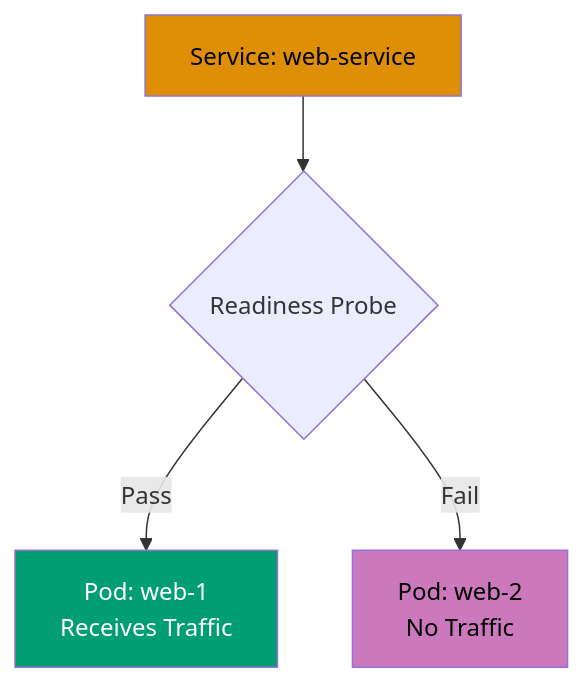
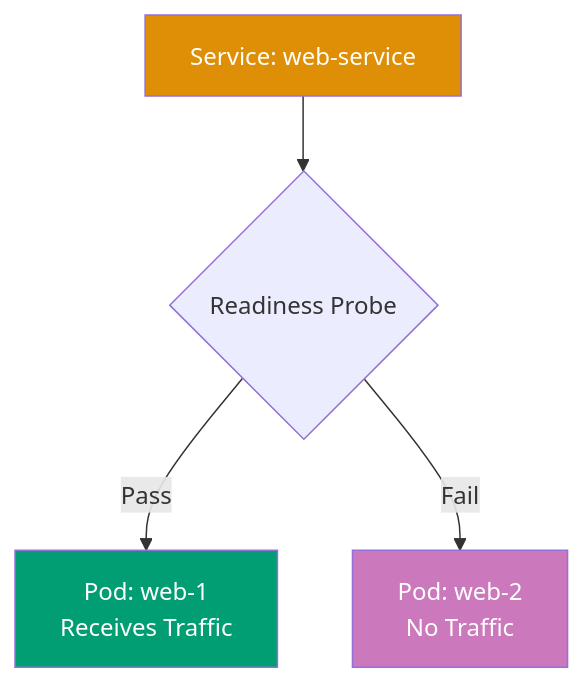
Before and after one commit to wahidyankf/open-sharia-enterprise: diagram 11 of 12 in apps/ayokoding-web/content/en/learn/software-engineering/infrastructure/tools/kubernetes/by-example/intermediate.md, drawn with Mermaid. The commit also changed other lines of this file and 61 other files, not shown here.

First line of the commit message:
fix(ayokoding-web): quote Mermaid node labels with special characters in Example 63

````diff
--- a/apps/ayokoding-web/content/en/learn/software-engineering/infrastructure/tools/kubernetes/by-example/intermediate.md
+++ b/apps/ayokoding-web/content/en/learn/software-engineering/infrastructure/tools/kubernetes/by-example/intermediate.md
@@ -2268,11 +2268,11 @@
 ```mermaid
 %% Readiness probe traffic control
 graph TD
     A[Service: web-service] --> B{Readiness Probe}
     B -->|Pass| C[Pod: web-1<br/>Receives Traffic]
     B -->|Fail| D[Pod: web-2<br/>No Traffic]
 
-    style A fill:#DE8F05,color:#000
+    style A fill:#DE8F05,color:#fff
     style C fill:#029E73,color:#fff
-    style D fill:#CC78BC,color:#000
+    style D fill:#CC78BC,color:#fff
 ```
````
